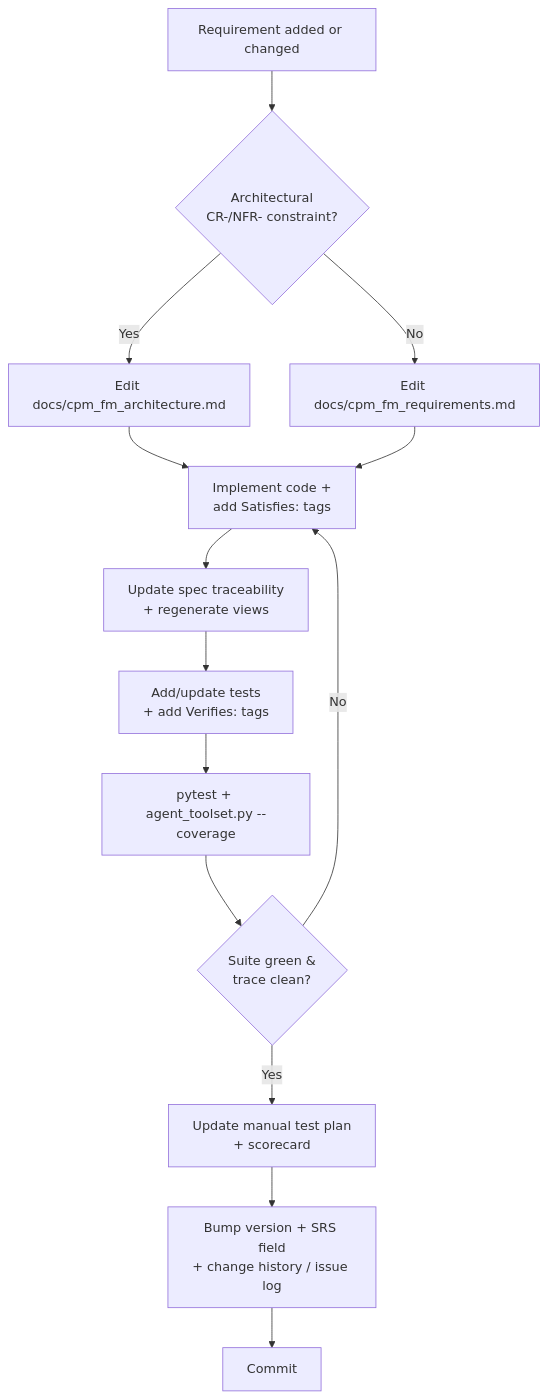
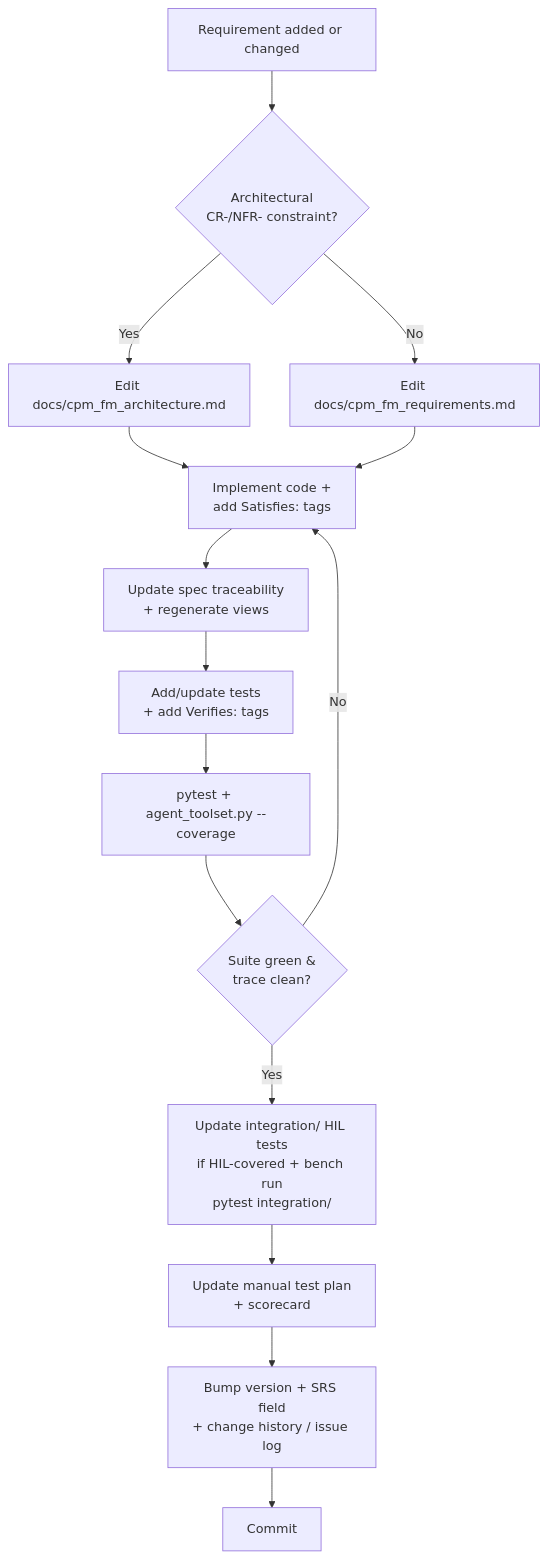
The first of 6 diagrams in README.md (turbo-gecko/CPM_FM), drawn with Mermaid before and after one commit. The commit also changed other lines of this file, not shown here.

First line of the commit message:
README: document the integration (HIL) suite

````diff
--- a/README.md
+++ b/README.md
@@ -190,16 +215,17 @@
 ```mermaid
 flowchart TD
     A[Requirement added or changed] --> B{Architectural<br/>CR-/NFR- constraint?}
     B -- Yes --> C[Edit docs/cpm_fm_architecture.md]
     B -- No --> D[Edit docs/cpm_fm_requirements.md]
     C --> E[Implement code +<br/>add Satisfies: tags]
     D --> E
     E --> F[Update spec traceability<br/>+ regenerate views]
     F --> G[Add/update tests<br/>+ add Verifies: tags]
     G --> H[pytest + agent_toolset.py --coverage]
     H --> I{Suite green &<br/>trace clean?}
     I -- No --> E
-    I -- Yes --> J[Update manual test plan<br/>+ scorecard]
+    I -- Yes --> IT[Update integration/ HIL tests<br/>if HIL-covered + bench run<br/>pytest integration/]
+    IT --> J[Update manual test plan<br/>+ scorecard]
     J --> K[Bump version + SRS field<br/>+ change history / issue log]
     K --> L[Commit]
 ```
````
